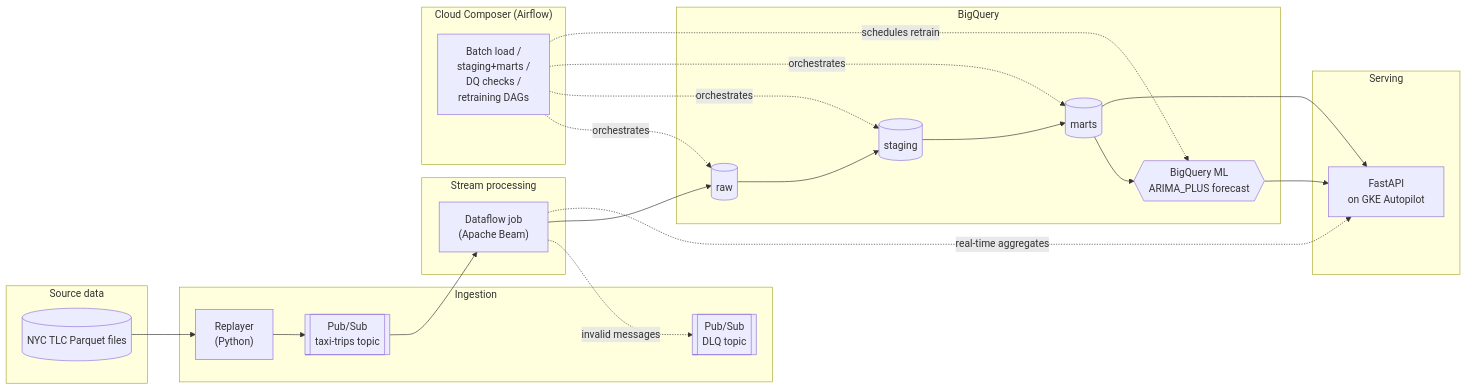
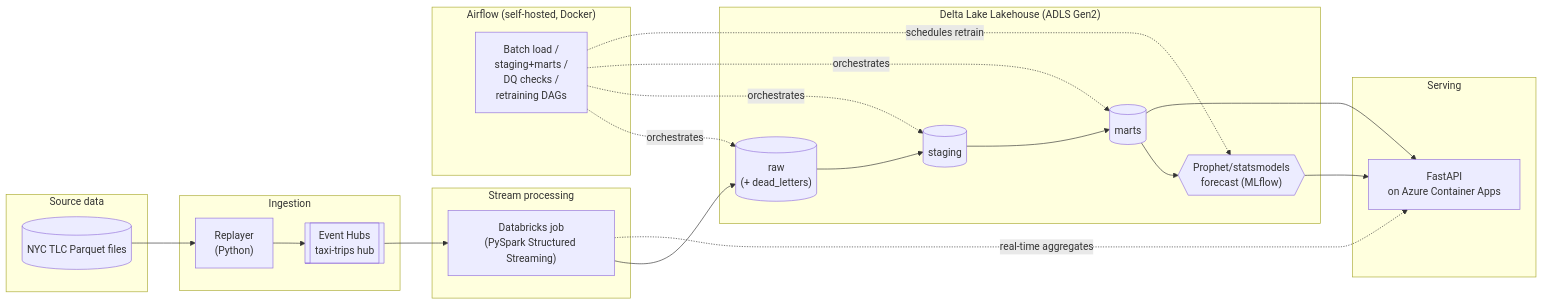
Before and after one commit to sanogomamadou/TaxiPulse: the diagram in README.md, drawn with Mermaid. The commit also changed other lines of this file and 43 other files, not shown here.

First line of the commit message:
chore!: pivot target cloud from GCP to Azure

````diff
--- a/README.md
+++ b/README.md
@@ -37,43 +45,41 @@
 ```mermaid
 flowchart LR
     subgraph Source["Source data"]
         TLC[("NYC TLC Parquet files")]
     end
 
     subgraph Ingest["Ingestion"]
         Replayer["Replayer\n(Python)"]
-        PubSub[["Pub/Sub\ntaxi-trips topic"]]
-        DLQ[["Pub/Sub\nDLQ topic"]]
+        EventHub[["Event Hubs\ntaxi-trips hub"]]
     end
 
     subgraph Stream["Stream processing"]
-        Dataflow["Dataflow job\n(Apache Beam)"]
+        Databricks["Databricks job\n(PySpark Structured Streaming)"]
     end
 
-    subgraph Warehouse["BigQuery"]
-        Raw[("raw")]
+    subgraph Warehouse["Delta Lake Lakehouse (ADLS Gen2)"]
+        Raw[("raw\n(+ dead_letters)")]
         Staging[("staging")]
         Marts[("marts")]
-        BQML{{"BigQuery ML\nARIMA_PLUS forecast"}}
+        Forecast{{"Prophet/statsmodels\nforecast (MLflow)"}}
     end
 
-    subgraph Orchestration["Cloud Composer (Airflow)"]
+    subgraph Orchestration["Airflow (self-hosted, Docker)"]
         DAGs["Batch load /\nstaging+marts /\nDQ checks /\nretraining DAGs"]
     end
 
     subgraph Serving["Serving"]
-        API["FastAPI\non GKE Autopilot"]
+        API["FastAPI\non Azure Container Apps"]
     end
 
-    TLC --> Replayer --> PubSub --> Dataflow
-    Dataflow -. invalid messages .-> DLQ
-    Dataflow --> Raw --> Staging --> Marts
-    Marts --> BQML
+    TLC --> Replayer --> EventHub --> Databricks
+    Databricks --> Raw --> Staging --> Marts
+    Marts --> Forecast
     DAGs -. orchestrates .-> Raw
     DAGs -. orchestrates .-> Staging
     DAGs -. orchestrates .-> Marts
-    DAGs -. schedules retrain .-> BQML
+    DAGs -. schedules retrain .-> Forecast
     Marts --> API
-    BQML --> API
-    Dataflow -. real-time aggregates .-> API
+    Forecast --> API
+    Databricks -. real-time aggregates .-> API
 ```
````
